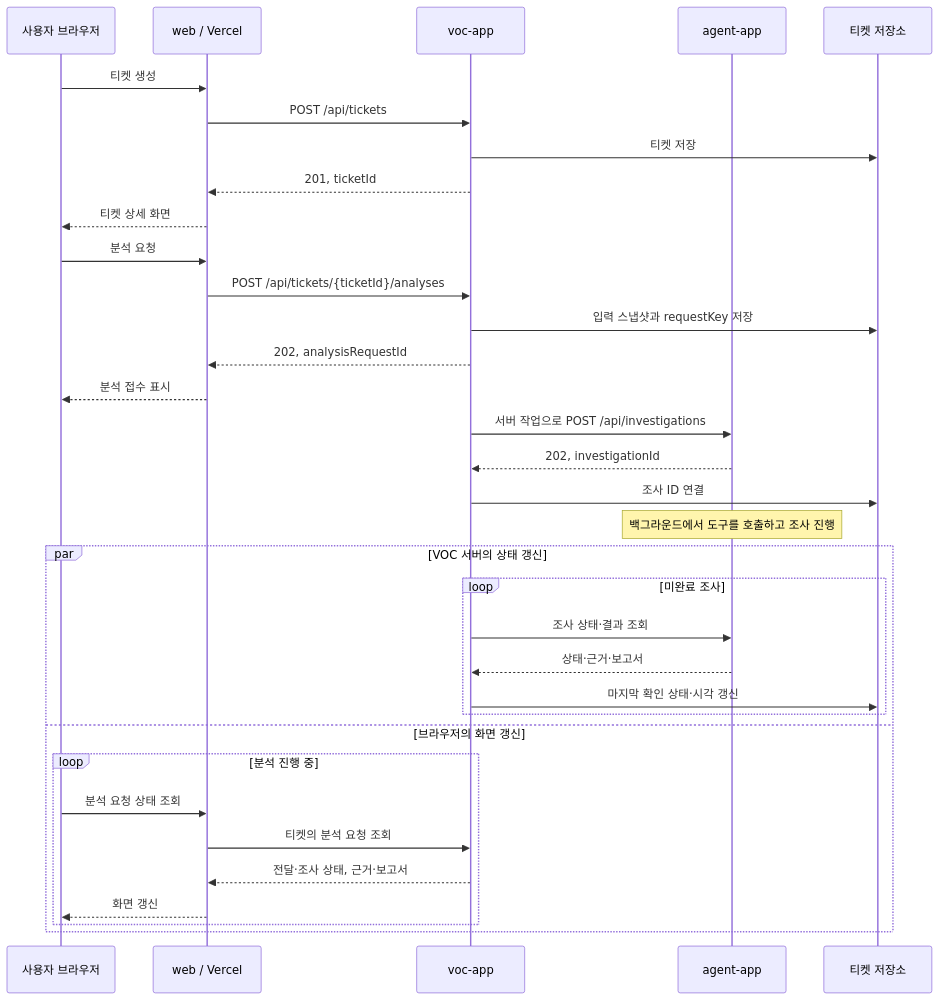
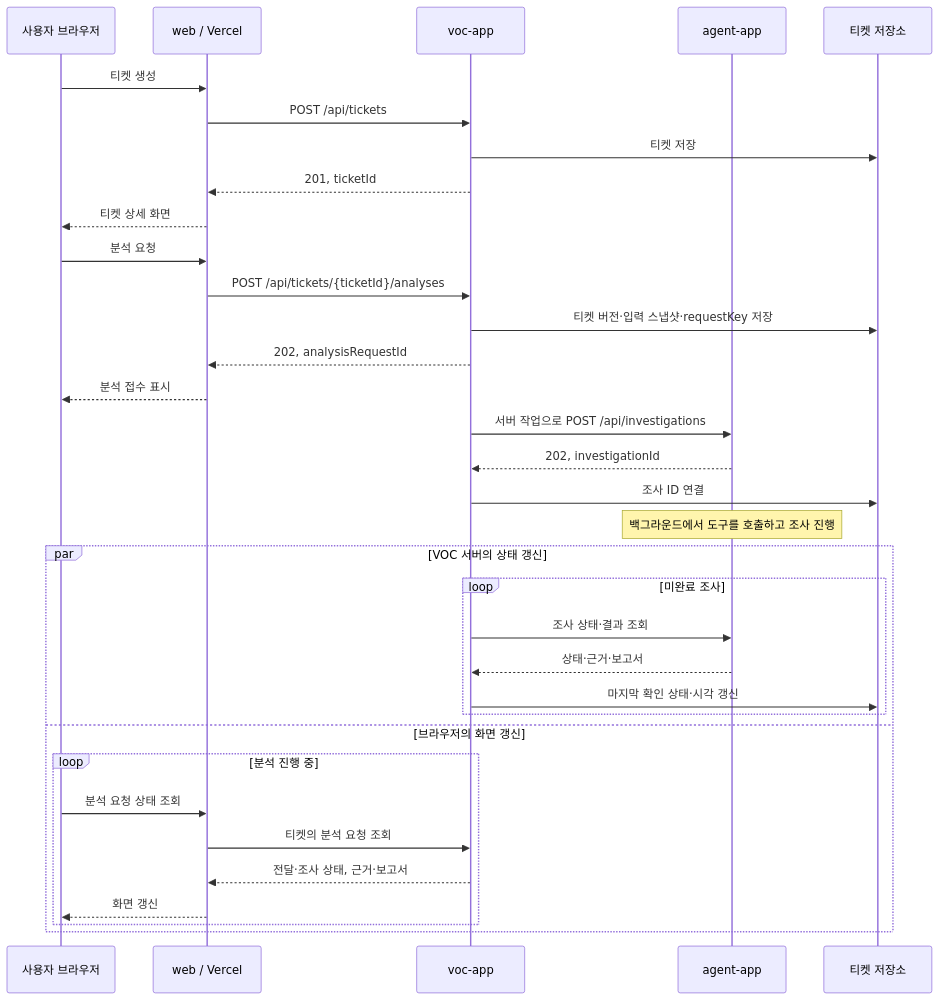
One commit to sanghyo-lab/jdd changed the first of 2 diagrams in docs/frontend-deployment.md. Above: the diagram before and after it, drawn with Mermaid. The commit also changed other lines of this file and 15 other files, not shown here.

````diff
--- a/docs/frontend-deployment.md
+++ b/docs/frontend-deployment.md
@@ -67,37 +67,37 @@
 ```mermaid
 sequenceDiagram
     participant U as 사용자 브라우저
     participant W as web / Vercel
     participant V as voc-app
     participant A as agent-app
     participant T as 티켓 저장소
 
     U->>W: 티켓 생성
     W->>V: POST /api/tickets
     V->>T: 티켓 저장
     V-->>W: 201, ticketId
     W-->>U: 티켓 상세 화면
     U->>W: 분석 요청
     W->>V: POST /api/tickets/{ticketId}/analyses
-    V->>T: 입력 스냅샷과 requestKey 저장
+    V->>T: 티켓 버전·입력 스냅샷·requestKey 저장
     V-->>W: 202, analysisRequestId
     W-->>U: 분석 접수 표시
     V->>A: 서버 작업으로 POST /api/investigations
     A-->>V: 202, investigationId
     V->>T: 조사 ID 연결
     Note over A: 백그라운드에서 도구를 호출하고 조사 진행
     par VOC 서버의 상태 갱신
         loop 미완료 조사
             V->>A: 조사 상태·결과 조회
             A-->>V: 상태·근거·보고서
             V->>T: 마지막 확인 상태·시각 갱신
         end
     and 브라우저의 화면 갱신
         loop 분석 진행 중
             U->>W: 분석 요청 상태 조회
             W->>V: 티켓의 분석 요청 조회
             V-->>W: 전달·조사 상태, 근거·보고서
             W-->>U: 화면 갱신
         end
     end
 ```
````
